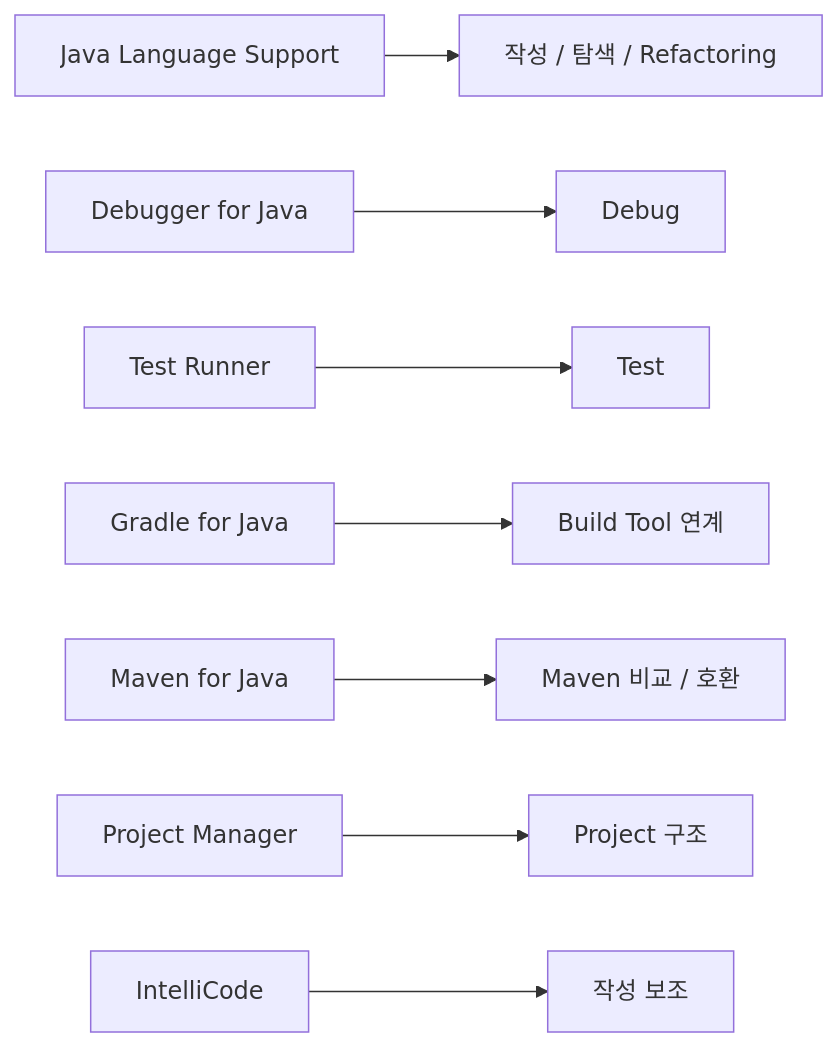
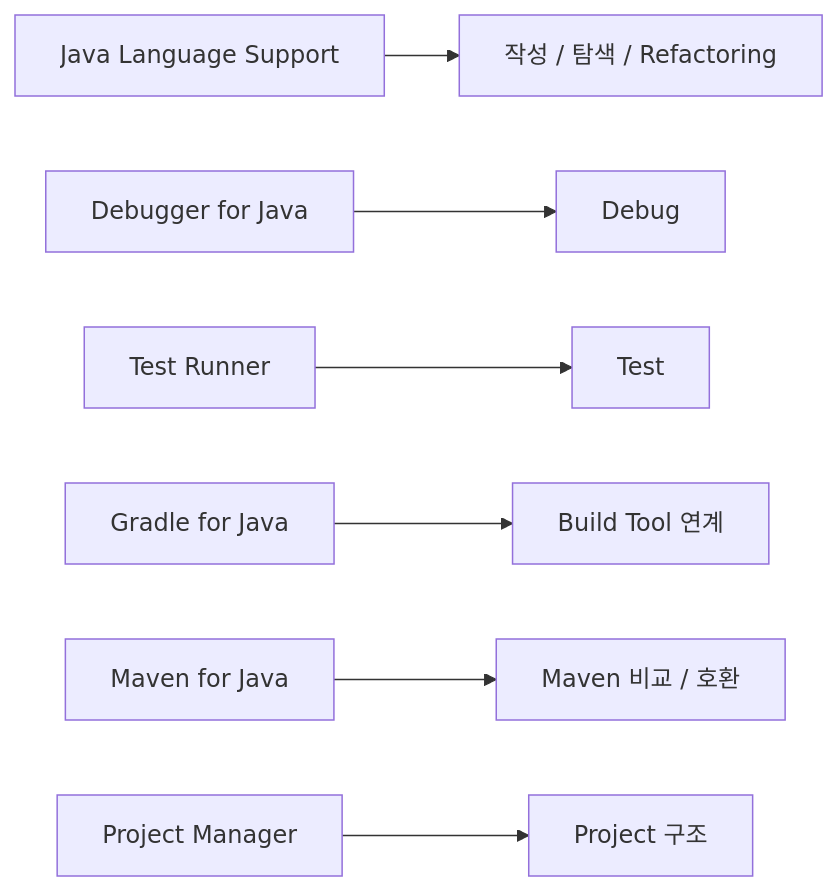
One commit to Team-Microserver/microserver-docs changed the third of 3 diagrams in docs/01_project_start/02_environment/vscode/java_extension_setup.md. Above: the diagram before and after it, drawn with Mermaid. The commit also changed other lines of this file and 9 other files, not shown here.

````diff
--- a/docs/01_project_start/02_environment/vscode/java_extension_setup.md
+++ b/docs/01_project_start/02_environment/vscode/java_extension_setup.md
@@ -386,10 +486,9 @@
 ```mermaid
 flowchart LR
     LANG[Java Language Support] --> EDIT[작성 / 탐색 / Refactoring]
     DEBUG[Debugger for Java] --> RUN[Debug]
     TEST[Test Runner] --> T[Test]
     GRADLE[Gradle for Java] --> BUILD[Build Tool 연계]
     MAVEN[Maven for Java] --> COMPARE[Maven 비교 / 호환]
     PM[Project Manager] --> STRUCT[Project 구조]
-    INT[IntelliCode] --> ASSIST[작성 보조]
 ```
````
